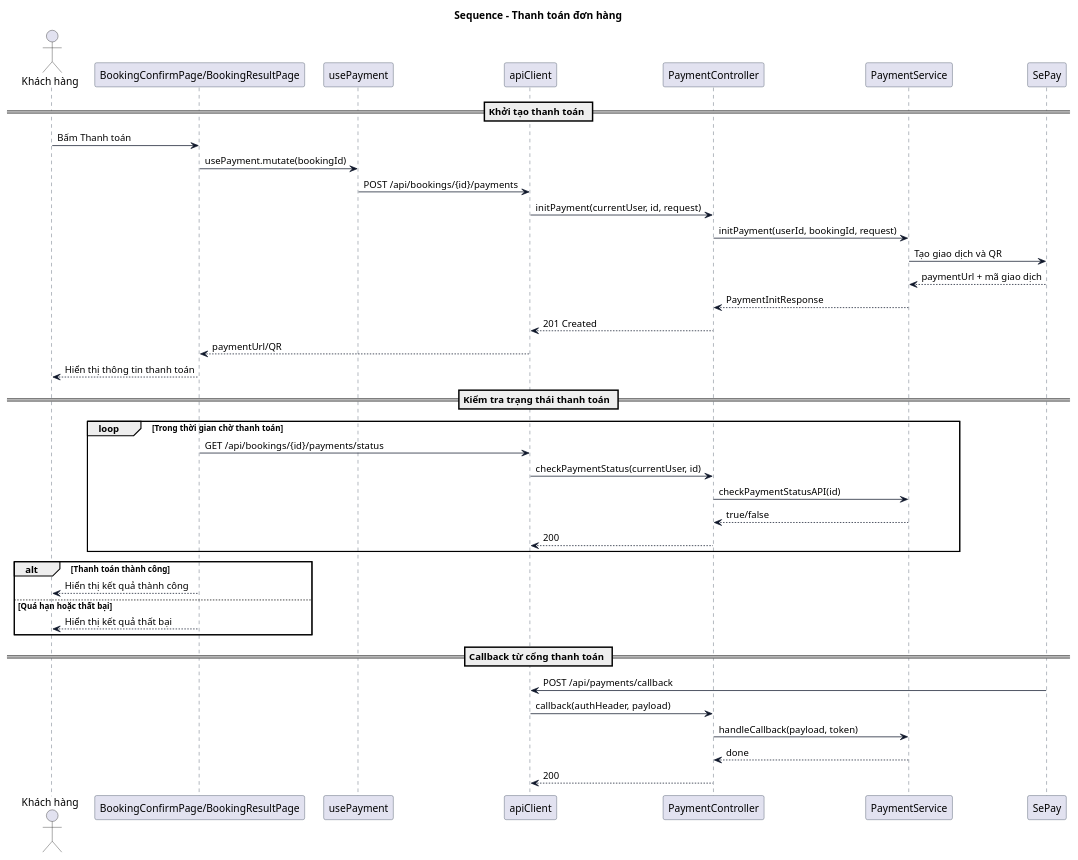
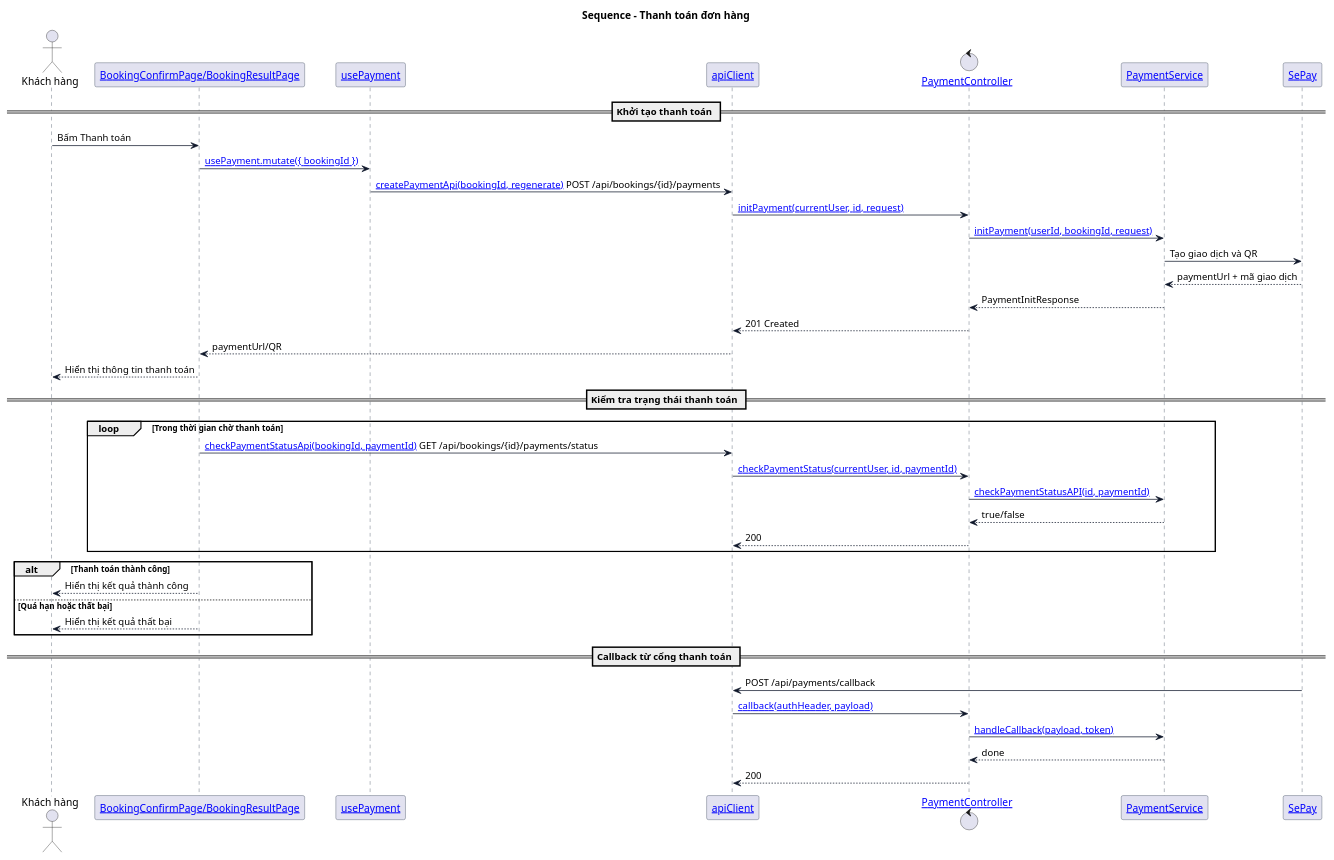
The diagram in uml/sequence/sequence-payment.puml (minhat5/MeCinema), drawn with PlantUML before and after one commit. The commit also changed 21 other files, not shown here.

Commit message:
add link to file in uml

```diff
--- a/uml/sequence/sequence-payment.puml
+++ b/uml/sequence/sequence-payment.puml
@@ -1,54 +1,54 @@
 @startuml
 skinparam shadowing false
 skinparam sequence {
   ArrowColor #0F172A
   LifeLineBorderColor #334155
   LifeLineBackgroundColor #F8FAFC
   ParticipantBorderColor #334155
 }
 
 title Sequence - Thanh toán đơn hàng
 
 actor Customer as "Khách hàng"
-participant UI as "BookingConfirmPage/BookingResultPage"
-participant Hook as "usePayment"
-participant API as "apiClient"
-participant Ctl as "PaymentController"
-participant Svc as "PaymentService"
-participant Gateway as "SePay"
+participant UI as "[[../../client/src/features/booking/pages/BookingConfirmPage.tsx BookingConfirmPage/BookingResultPage]]"
+participant Hook as "[[../../client/src/features/booking/hooks/usePayment.ts usePayment]]"
+participant API as "[[../../client/src/lib/api-client.ts apiClient]]"
+control Ctl as "[[../../src/main/java/com/mecinema/mecinema/controller/payment/PaymentController.java PaymentController]]"
+participant Svc as "[[../../src/main/java/com/mecinema/mecinema/service/PaymentService.java PaymentService]]"
+participant Gateway as "[[../../src/main/java/com/mecinema/mecinema/payment/impl/SePayGatewayClient.java SePay]]"
 
 == Khởi tạo thanh toán ==
 Customer -> UI: Bấm Thanh toán
-UI -> Hook: usePayment.mutate(bookingId)
-Hook -> API: POST /api/bookings/{id}/payments
-API -> Ctl: initPayment(currentUser, id, request)
-Ctl -> Svc: initPayment(userId, bookingId, request)
+UI -> Hook: [[../../client/src/features/booking/hooks/usePayment.ts usePayment.mutate({ bookingId })]]
+Hook -> API: [[../../client/src/features/booking/services/payment.service.ts createPaymentApi(bookingId, regenerate)]] POST /api/bookings/{id}/payments
+API -> Ctl: [[../../src/main/java/com/mecinema/mecinema/controller/payment/PaymentController.java#L33 initPayment(currentUser, id, request)]]
+Ctl -> Svc: [[../../src/main/java/com/mecinema/mecinema/service/PaymentService.java initPayment(userId, bookingId, request)]]
 Svc -> Gateway: Tạo giao dịch và QR
 Gateway --> Svc: paymentUrl + mã giao dịch
 Svc --> Ctl: PaymentInitResponse
 Ctl --> API: 201 Created
 API --> UI: paymentUrl/QR
 UI --> Customer: Hiển thị thông tin thanh toán
 
 == Kiểm tra trạng thái thanh toán ==
 loop Trong thời gian chờ thanh toán
-  UI -> API: GET /api/bookings/{id}/payments/status
-  API -> Ctl: checkPaymentStatus(currentUser, id)
-  Ctl -> Svc: checkPaymentStatusAPI(id)
+  UI -> API: [[../../client/src/features/booking/services/payment.service.ts checkPaymentStatusApi(bookingId, paymentId)]] GET /api/bookings/{id}/payments/status
+  API -> Ctl: [[../../src/main/java/com/mecinema/mecinema/controller/payment/PaymentController.java#L24 checkPaymentStatus(currentUser, id, paymentId)]]
+  Ctl -> Svc: [[../../src/main/java/com/mecinema/mecinema/service/PaymentService.java checkPaymentStatusAPI(id, paymentId)]]
   Svc --> Ctl: true/false
   Ctl --> API: 200
 end
 
 alt Thanh toán thành công
   UI --> Customer: Hiển thị kết quả thành công
 else Quá hạn hoặc thất bại
   UI --> Customer: Hiển thị kết quả thất bại
 end
 
 == Callback từ cổng thanh toán ==
 Gateway -> API: POST /api/payments/callback
-API -> Ctl: callback(authHeader, payload)
-Ctl -> Svc: handleCallback(payload, token)
+API -> Ctl: [[../../src/main/java/com/mecinema/mecinema/controller/payment/PaymentController.java#L42 callback(authHeader, payload)]]
+Ctl -> Svc: [[../../src/main/java/com/mecinema/mecinema/service/PaymentService.java handleCallback(payload, token)]]
 Svc --> Ctl: done
 Ctl --> API: 200
 @enduml
```
